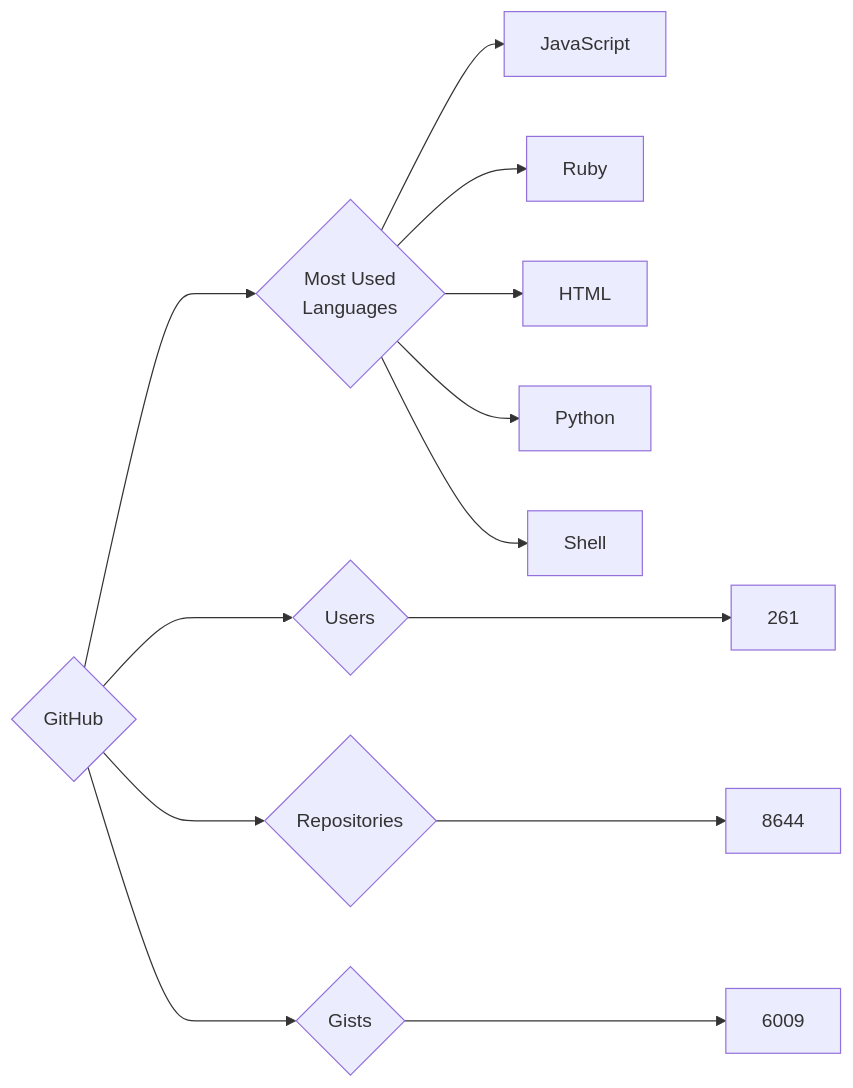
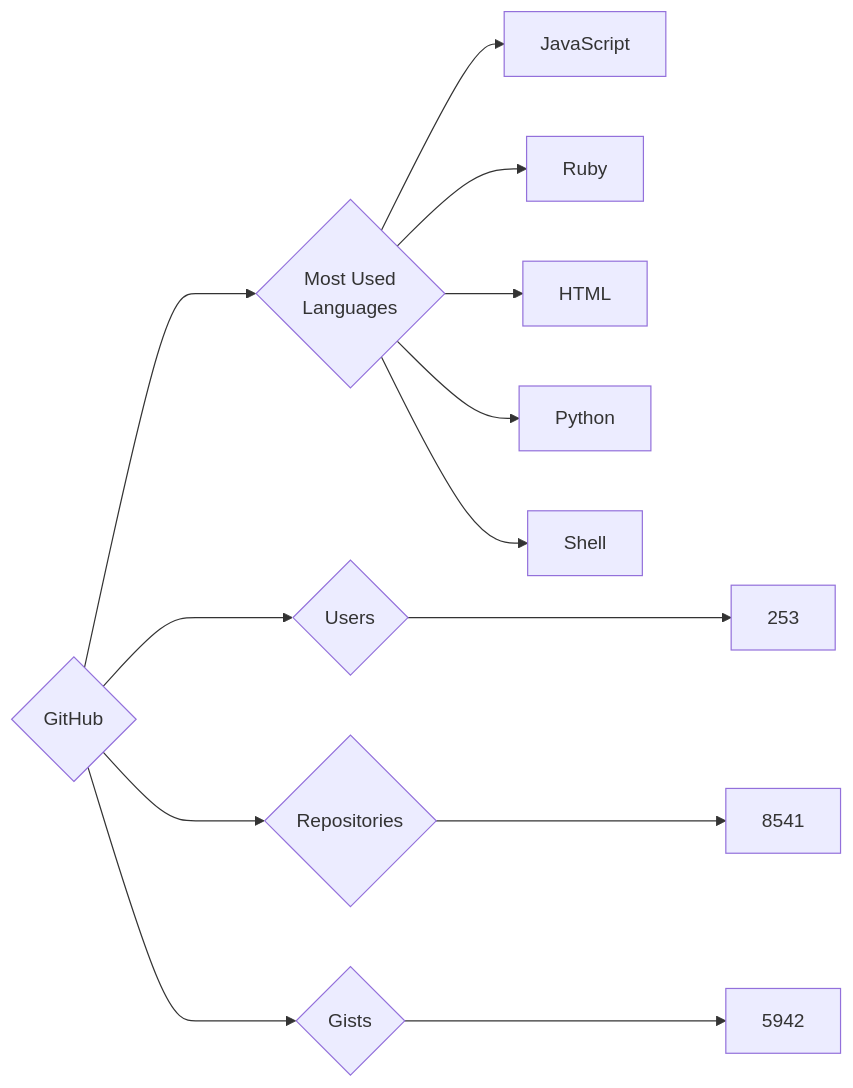
The diagram in targets/GitHub/README.md (trickest/insiders), drawn with Mermaid before and after one commit. The commit also changed 872 other files, not shown here.

````diff
--- a/targets/GitHub/README.md
+++ b/targets/GitHub/README.md
@@ -3,13 +3,13 @@
 ```mermaid
 graph LR
 COMPANY_NAME{GitHub}
-COMPANY_NAME ---> U{Users} ---> UN[261]
-COMPANY_NAME ---> R{Repositories} ---> RN[8644]
-COMPANY_NAME ---> G{Gists} ---> GN[6009]
+COMPANY_NAME ---> U{Users} ---> UN[253]
+COMPANY_NAME ---> R{Repositories} ---> RN[8541]
+COMPANY_NAME ---> G{Gists} ---> GN[5942]
 COMPANY_NAME ---> ML{Most Used<br>Languages}
 ML --> JavaScript[JavaScript]
 ML --> Ruby[Ruby]
 ML --> HTML[HTML]
 ML --> Python[Python]
 ML --> Shell[Shell]
 ```
````
